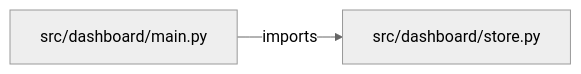
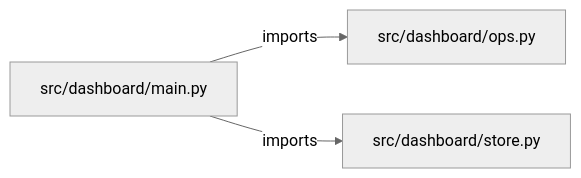
Before and after one commit to iarsingh/fullstack-analytics-dashboard: the diagram in PROJECT_ARCHITECTURE.md, drawn with Mermaid (neutral theme). The commit also changed other lines of this file and 2 other files, not shown here.

Commit message:
Refresh architecture and interview guides from current implementation

````diff
--- a/PROJECT_ARCHITECTURE.md
+++ b/PROJECT_ARCHITECTURE.md
@@ -13,6 +13,8 @@
 ```mermaid
 flowchart LR
     M0["src/dashboard/main.py"]
-    M1["src/dashboard/store.py"]
+    M1["src/dashboard/ops.py"]
+    M2["src/dashboard/store.py"]
     M0 -->|imports| M1
+    M0 -->|imports| M2
 ```
````
